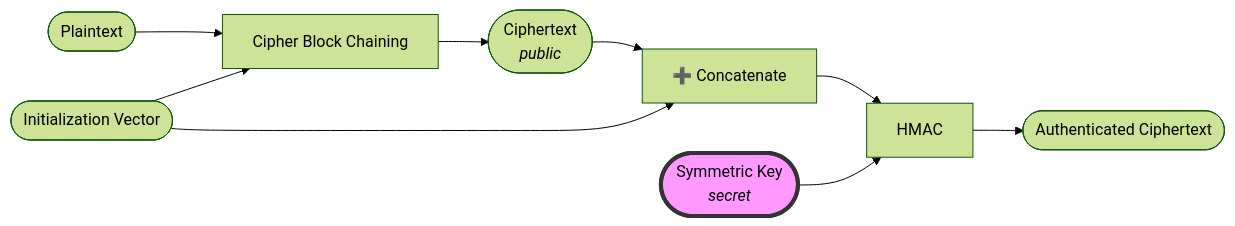
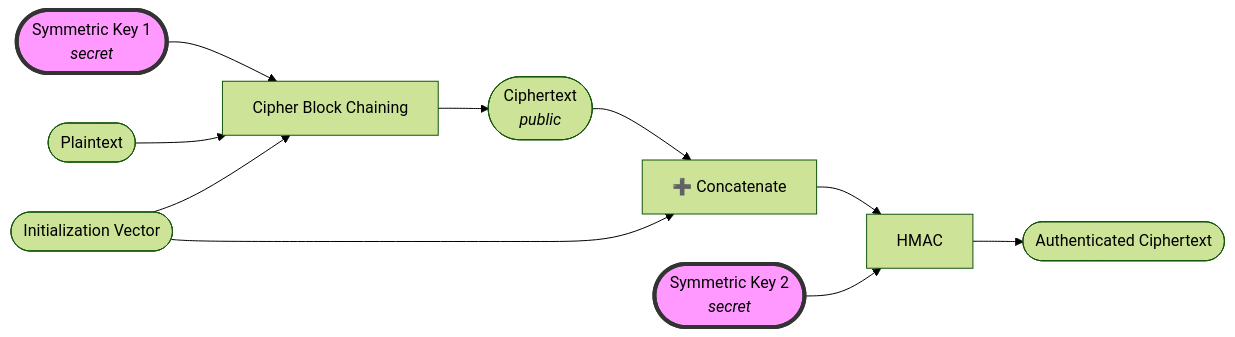
The diagram in docs/primitives/authenticated-encryption/aes-cbc-hmac.md (sripwoud/cryptography), drawn with Mermaid (forest theme) before and after one commit. The commit also changed 6 other files, not shown here.

````diff
--- a/docs/primitives/authenticated-encryption/aes-cbc-hmac.md
+++ b/docs/primitives/authenticated-encryption/aes-cbc-hmac.md
@@ -12,13 +12,15 @@
 ```mermaid
 graph LR
+    SK1([Symmetric Key 1<br><em>secret</em>]) --> CBC
     PT([Plaintext]) --> CBC[Cipher Block Chaining]
     IV([Initialization Vector]) --> CBC
     CBC --> C([Ciphertext<br><em>public</em>])
     C --> concat["➕ Concatenate"]
     IV --> concat
     concat --> HMAC[HMAC]
-    SK([Symmetric Key<br><em>secret</em>]) --> HMAC
+    SK2([Symmetric Key 2<br><em>secret</em>]) --> HMAC
     HMAC --> AT([Authenticated Ciphertext])
     
-    style SK fill:#f9f,stroke:#333,stroke-width:4px
+    style SK1 fill:#f9f,stroke:#333,stroke-width:4px
+    style SK2 fill:#f9f,stroke:#333,stroke-width:4px
 ```
````
